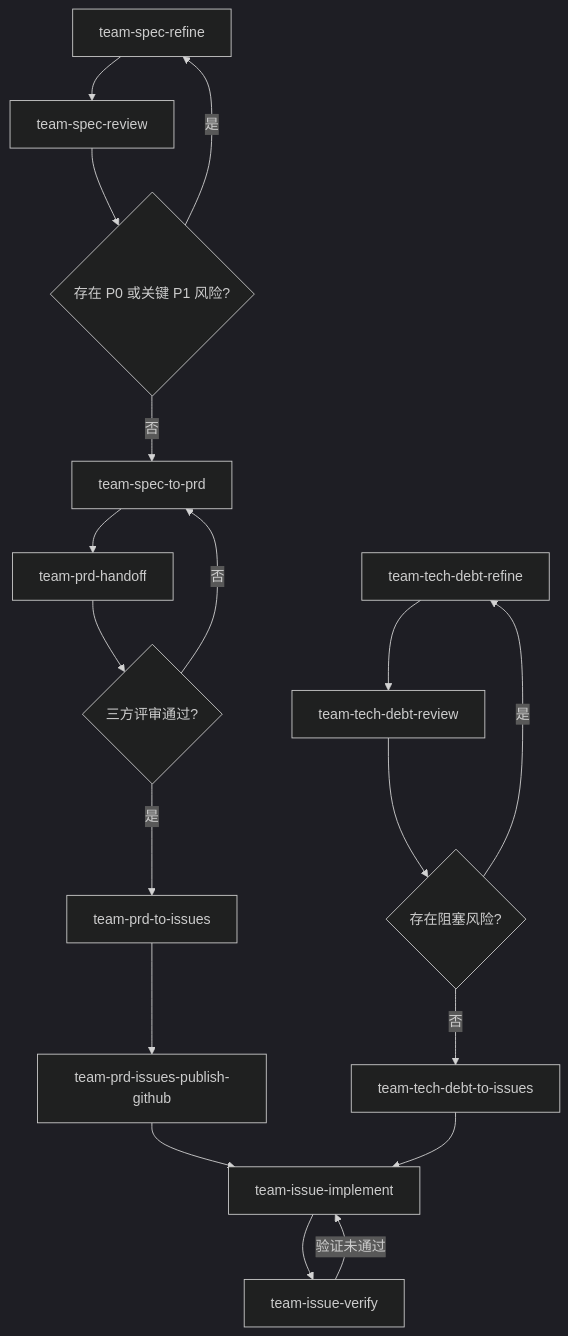
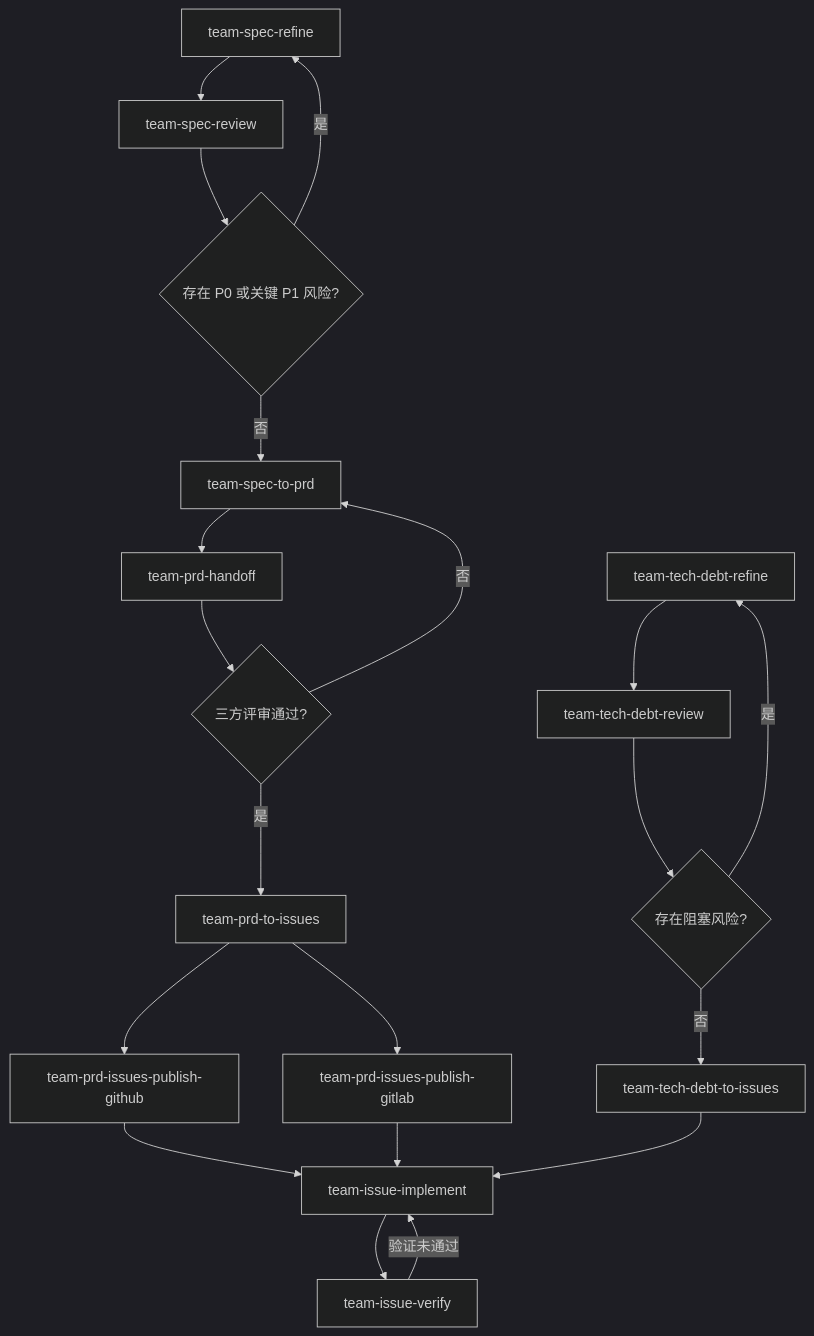
One commit to coolbeevip/team-ai-skills changed the diagram in README.md. Above: the diagram before and after it, drawn with Mermaid (dark theme). The commit also changed other lines of this file and 1 other file, not shown here.

First line of the commit message:
Add team-prd-issues-publish-gitlab skill

````diff
--- a/README.md
+++ b/README.md
@@ -17,21 +17,23 @@
 ```mermaid
 flowchart TD
     A[team-spec-refine] --> B[team-spec-review]
     B --> C{存在 P0 或关键 P1 风险?}
     C -- 是 --> A
     C -- 否 --> D[team-spec-to-prd]
     D --> H[team-prd-handoff]
     H --> E{三方评审通过?}
     E -- 否 --> D
     E -- 是 --> F[team-prd-to-issues]
     F --> N[team-prd-issues-publish-github]
+    F --> O[team-prd-issues-publish-gitlab]
     N --> G[team-issue-implement]
+    O --> G
     G --> I[team-issue-verify]
     I -- 验证未通过 --> G
 
     J[team-tech-debt-refine] --> K[team-tech-debt-review]
     K --> L{存在阻塞风险?}
     L -- 是 --> J
     L -- 否 --> M[team-tech-debt-to-issues]
     M --> G
 ```
````
